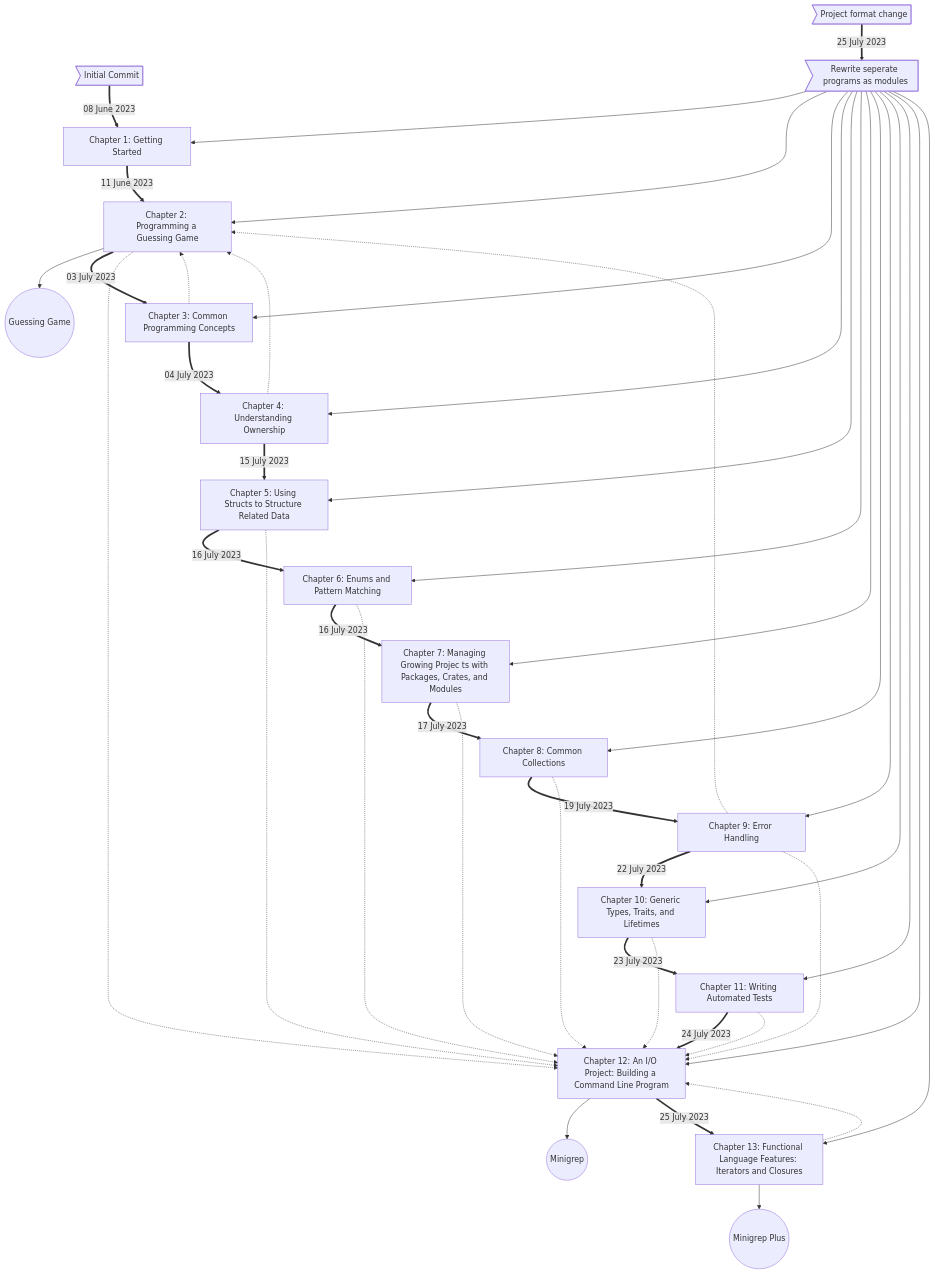
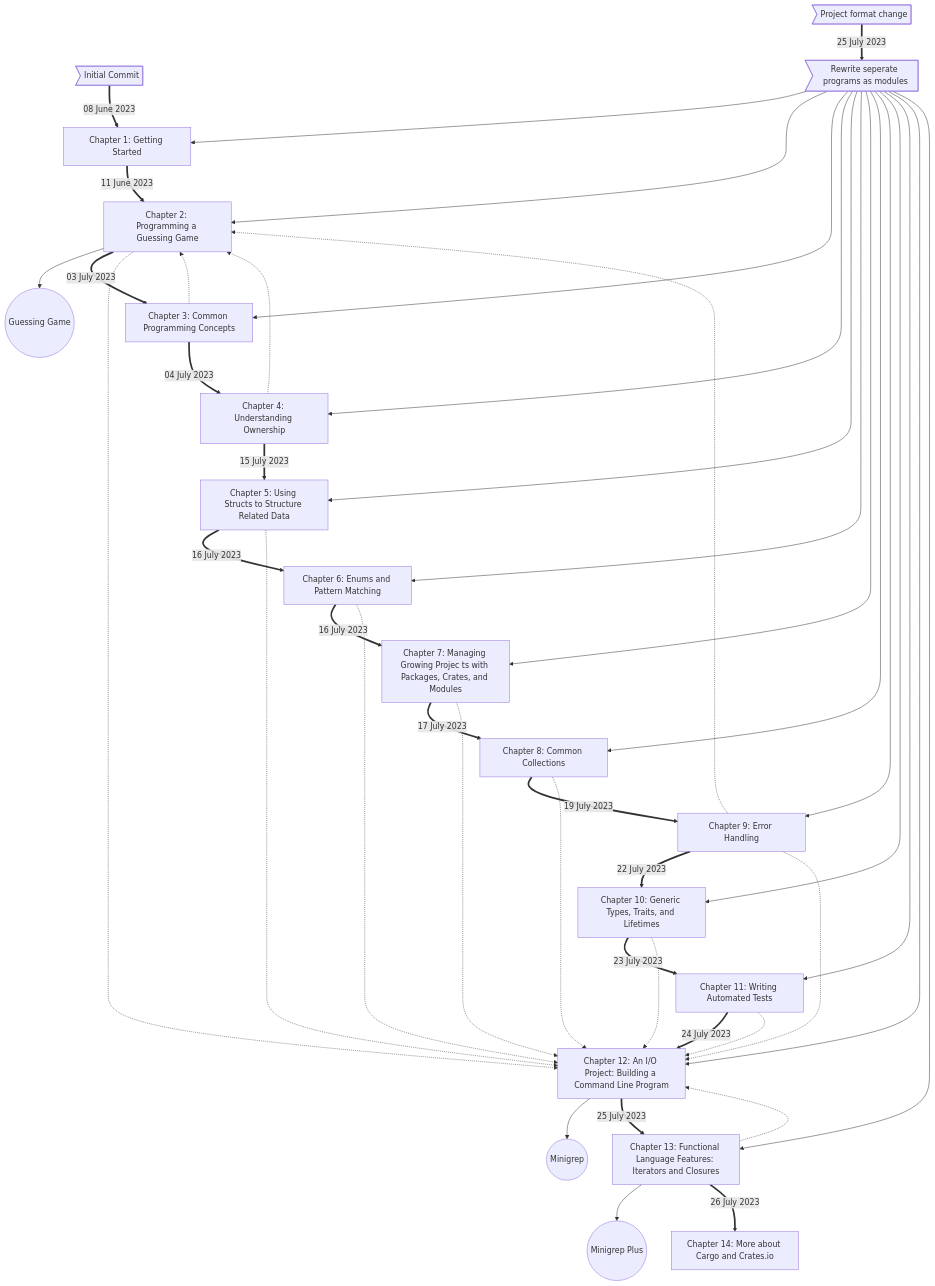
Before and after one commit to c4collins/the-rust-programming-language-rust-2021: the diagram in README.md, drawn with Mermaid. The commit also changed 7 other files, not shown here.

````diff
--- a/README.md
+++ b/README.md
@@ -19,54 +19,56 @@
 ```mermaid 
 flowchart TD
     0> Initial Commit ] == 08 June 2023 ==> 1[Chapter 1: Getting Started]
     1 == 11 June 2023 ==> 2[Chapter 2: Programming a Guessing Game]
     2 --> P1((Guessing Game))
 
     2 == 03 July 2023 ==> 3[Chapter 3: Common Programming Concepts]
     3 -.-> 2
 
     3 == 04 July 2023 ==> 4[Chapter 4: Understanding Ownership]
     4 -.-> 2
 
     4 == 15 July 2023 ==> 5[Chapter 5: Using Structs to Structure Related Data]
     5 == 16 July 2023 ==> 6[Chapter 6: Enums and Pattern Matching]
     6 == 16 July 2023 ==> 7[Chapter 7: Managing Growing Projec ts with Packages, Crates, and Modules]
     7 == 17 July 2023 ==> 8[Chapter 8: Common Collections]
     8 == 19 July 2023 ==> 9[Chapter 9: Error Handling]
 
     9 == 22 July 2023 ==> 10[Chapter 10: Generic Types, Traits, and Lifetimes]
     9 -.-> 2
 
     10 == 23 July 2023 ==> 11[Chapter 11: Writing Automated Tests]
 
     11 == 24 July 2023 ==> 12[Chapter 12: An I/O Project: Building a Command Line Program]
     2 -.-> 12
     5 -.-> 12
     6 -.-> 12
     7 -.-> 12
     8 -.-> 12
     9 -.-> 12
     10 -.-> 12
     11 -.-> 12
     12 --> P2((Minigrep))
 
 
     00> Project format change ] == 25 July 2023 ==> 000> Rewrite seperate programs as modules ]
     000 --> 1
     000 --> 2
     000 --> 3
     000 --> 4
     000 --> 5
     000 --> 6
     000 --> 7
     000 --> 8
     000 --> 9
     000 --> 10
     000 --> 11
     000 --> 12
     000 --> 13
 
     12 == 25 July 2023 ==> 13[Chapter 13: Functional Language Features: Iterators and Closures]
     13 -.-> 12
     13 --> P3((Minigrep Plus))
+
+    13 == 26 July 2023 ==> 14[Chapter 14: More about Cargo and Crates.io]
 ```
````
